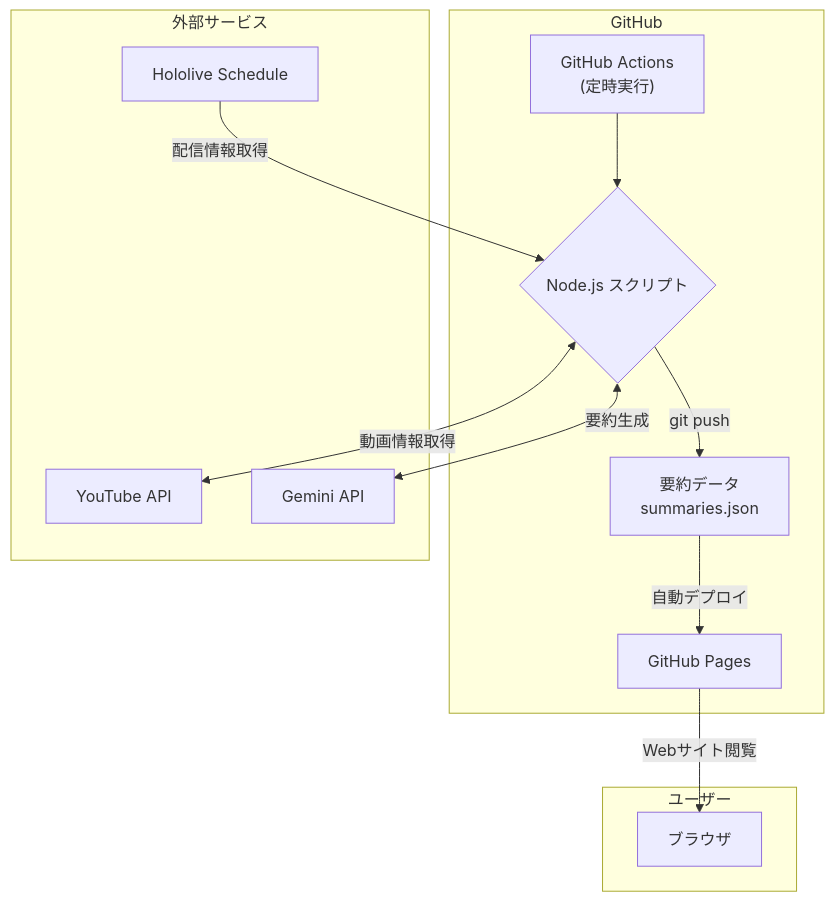
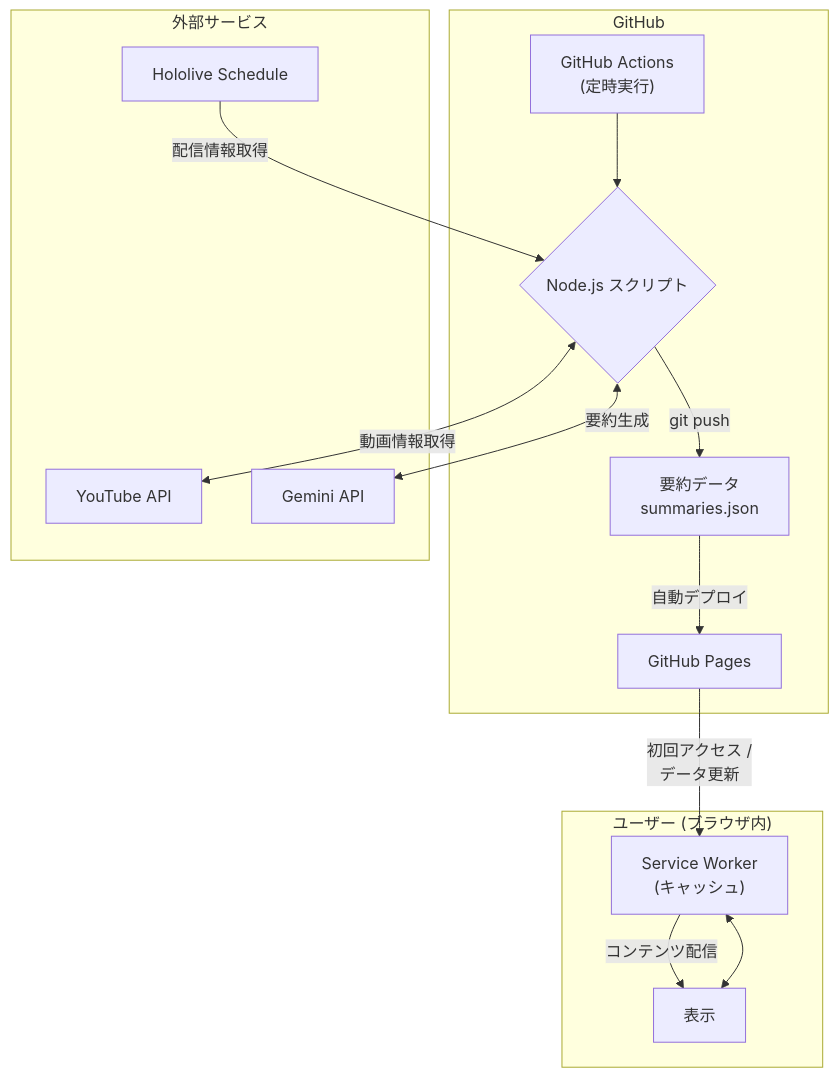
One commit to aegisfleet/live-stream-summarizer changed the first of 2 diagrams in README.md. Above: the diagram before and after it, drawn with Mermaid. The commit also changed other lines of this file, not shown here.

````diff
--- a/README.md
+++ b/README.md
@@ -32,23 +35,26 @@
 ```mermaid
 graph TD
     subgraph "GitHub"
         A["GitHub Actions<br>(定時実行)"] --> B{"Node.js スクリプト"};
         B -- "git push" --> C["要約データ<br>summaries.json"];
         C -- "自動デプロイ" --> D[GitHub Pages];
     end
 
     subgraph "外部サービス"
         E["Hololive Schedule"]
         F["YouTube API"]
         G["Gemini API"]
     end
 
-    subgraph "ユーザー"
-        H["ブラウザ"]
+    subgraph "ユーザー (ブラウザ内)"
+        H["表示"]
+        SW["Service Worker<br>(キャッシュ)"]
+        H <--> SW
     end
 
     E -- "配信情報取得" --> B;
     B <-- "動画情報取得" --> F;
     B <-- "要約生成" --> G;
-    D -- "Webサイト閲覧" --> H;
+    D -- "初回アクセス /<br>データ更新" --> SW;
+    SW -- "コンテンツ配信" --> H
 ```
````
